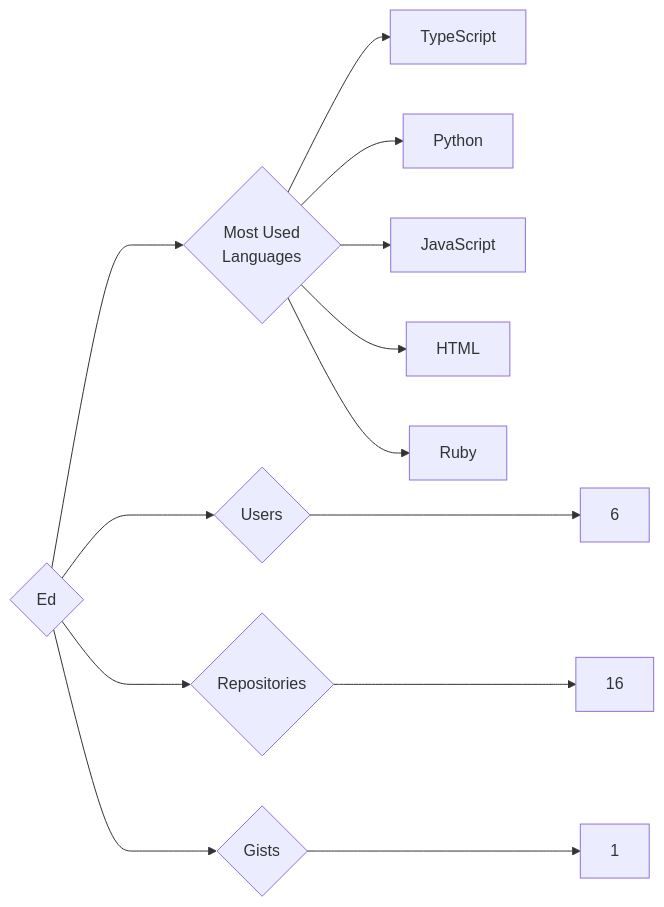
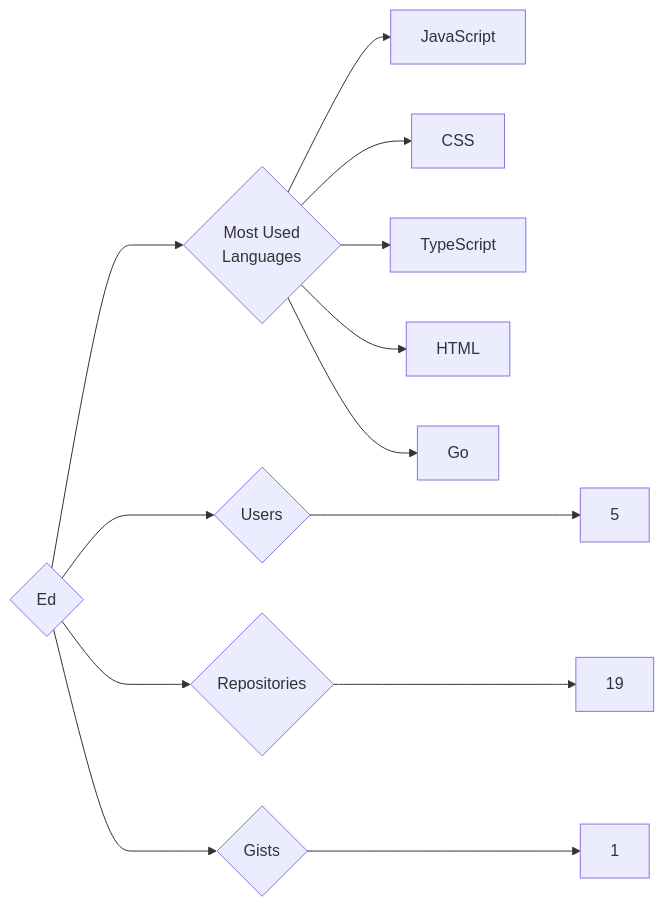
Before and after one commit to trickest/insiders: the diagram in targets/Ed/README.md, drawn with Mermaid. The commit also changed 873 other files, not shown here.

````diff
--- a/targets/Ed/README.md
+++ b/targets/Ed/README.md
@@ -3,13 +3,13 @@
 ```mermaid
 graph LR
 COMPANY_NAME{Ed}
-COMPANY_NAME ---> U{Users} ---> UN[6]
-COMPANY_NAME ---> R{Repositories} ---> RN[16]
+COMPANY_NAME ---> U{Users} ---> UN[5]
+COMPANY_NAME ---> R{Repositories} ---> RN[19]
 COMPANY_NAME ---> G{Gists} ---> GN[1]
 COMPANY_NAME ---> ML{Most Used<br>Languages}
+ML --> JavaScript[JavaScript]
+ML --> CSS[CSS]
 ML --> TypeScript[TypeScript]
-ML --> Python[Python]
-ML --> JavaScript[JavaScript]
 ML --> HTML[HTML]
-ML --> Ruby[Ruby]
+ML --> Go[Go]
 ```
````
